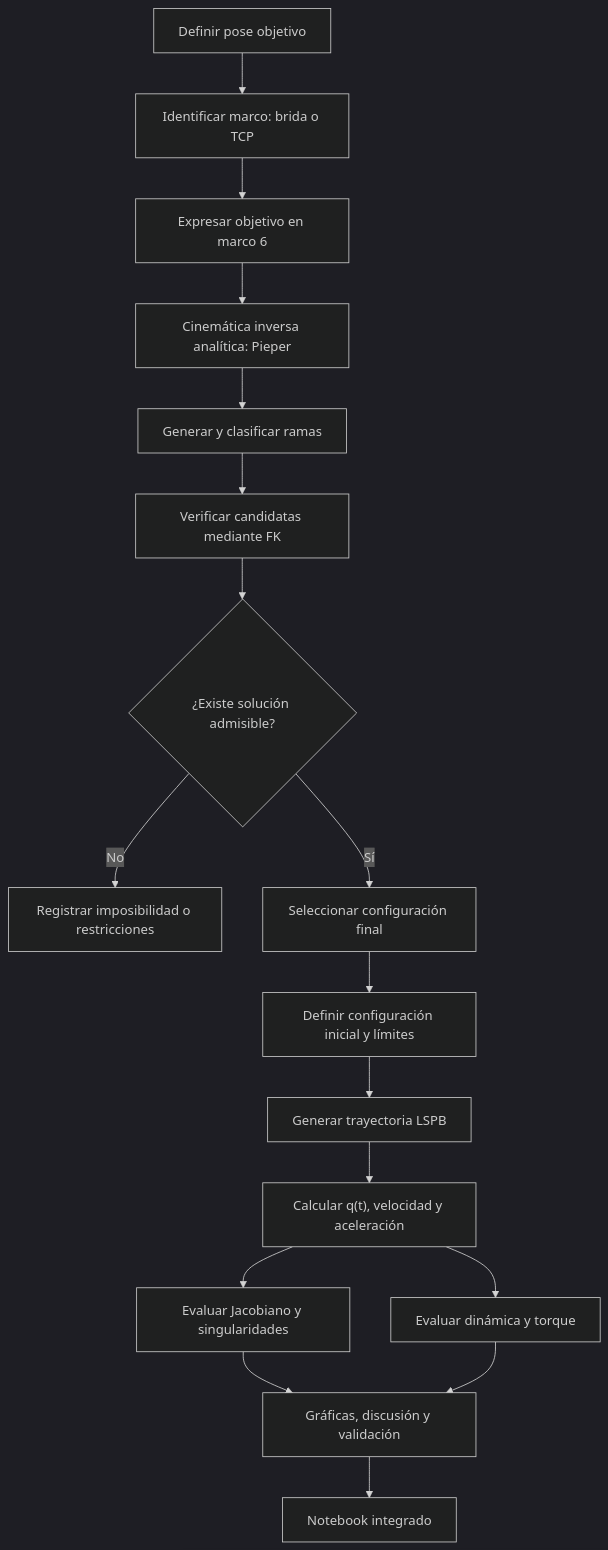
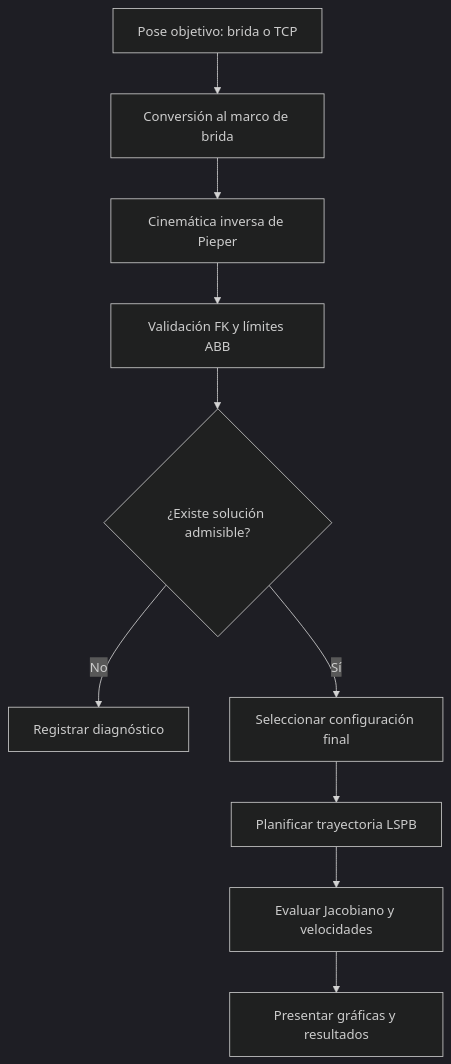
Before and after one commit to mario-nina/planificacion-UCB: the second of 8 diagrams in 2-2026/IMT342/equipo/hitos/hito2/docs/diagramas_flujo.md, drawn with Mermaid (dark theme). The commit also changed other lines of this file and 6 other files, not shown here.

````diff
--- a/2-2026/IMT342/equipo/hitos/hito2/docs/diagramas_flujo.md
+++ b/2-2026/IMT342/equipo/hitos/hito2/docs/diagramas_flujo.md
@@ -41,36 +29,17 @@
 ```mermaid
-flowchart TB
-    A["Definir pose objetivo"]
-    B["Identificar marco: brida o TCP"]
-    C["Expresar objetivo en marco 6"]
-    D["Cinemática inversa analítica: Pieper"]
-    E["Generar y clasificar ramas"]
-    F["Verificar candidatas mediante FK"]
-    G{"¿Existe solución admisible?"}
-    H["Registrar imposibilidad o restricciones"]
-    I["Seleccionar configuración final"]
-    J["Definir configuración inicial y límites"]
-    K["Generar trayectoria LSPB"]
-    L["Calcular q(t), velocidad y aceleración"]
-    M["Evaluar Jacobiano y singularidades"]
-    N["Evaluar dinámica y torque"]
-    O["Gráficas, discusión y validación"]
-    P["Notebook integrado"]
+flowchart TD
+    A["Pose objetivo: brida o TCP"]
+    B["Conversión al marco de brida"]
+    C["Cinemática inversa de Pieper"]
+    D["Validación FK y límites ABB"]
+    E{"¿Existe solución admisible?"}
+    F["Registrar diagnóstico"]
+    G["Seleccionar configuración final"]
+    H["Planificar trayectoria LSPB"]
+    I["Evaluar Jacobiano y velocidades"]
+    J["Presentar gráficas y resultados"]
 
-    A --> B
-    B --> C
-    C --> D
-    D --> E
-    E --> F
-    F --> G
-    G -->|No| H
-    G -->|Sí| I
-    I --> J
-    J --> K
-    K --> L
-    L --> M
-    L --> N
-    M --> O
-    N --> O
-    O --> P
+    A --> B --> C --> D --> E
+    E -->|No| F
+    E -->|Sí| G --> H --> I --> J
 ```
````
